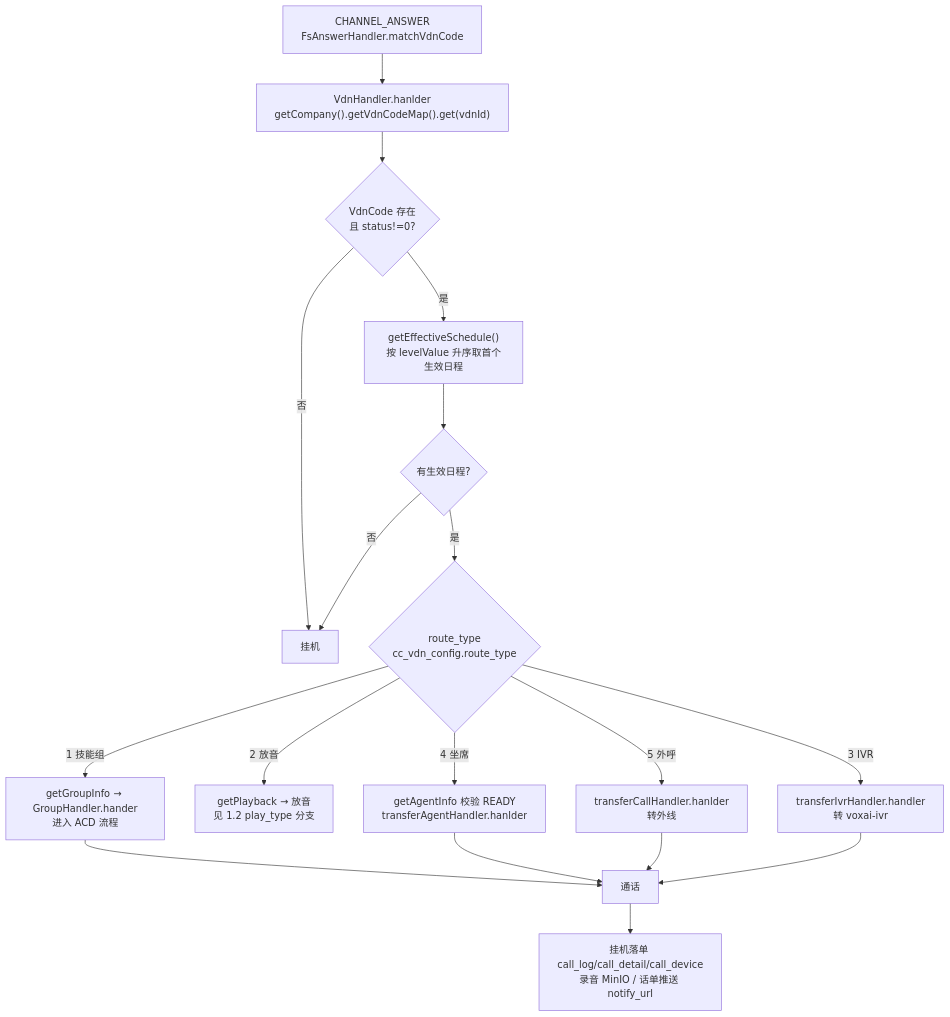
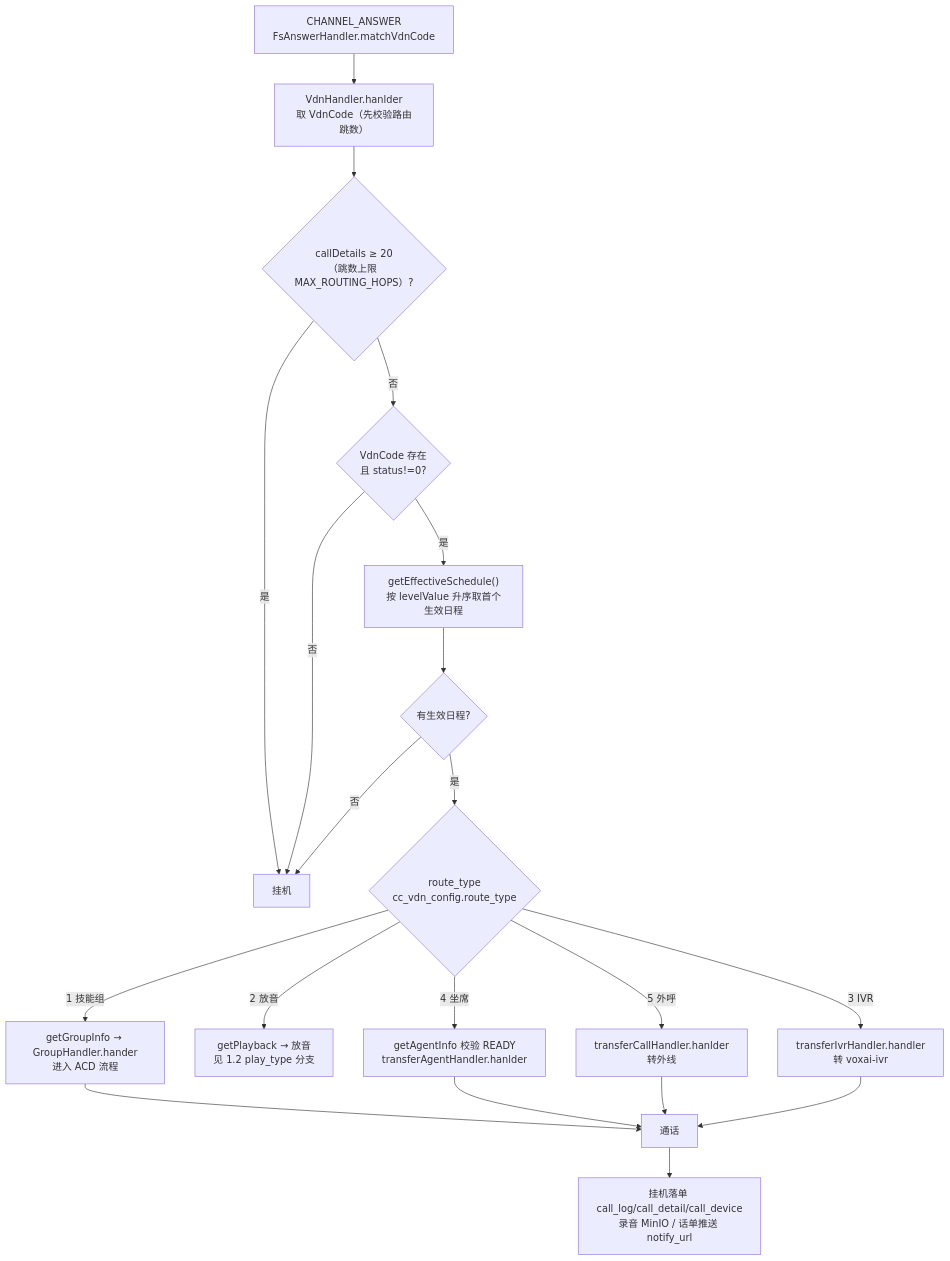
Before and after one commit to dongjb741280/ai-call-center: the second of 9 diagrams in docs/02-业务流程.md, drawn with Mermaid. The commit also changed other lines of this file, not shown here.

First line of the commit message:
docs: sync VDN routing changes to business flow doc

````diff
--- a/docs/02-业务流程.md
+++ b/docs/02-业务流程.md
@@ -52,20 +52,22 @@
 ```mermaid
 flowchart TD
-    A["CHANNEL_ANSWER<br/>FsAnswerHandler.matchVdnCode"] --> B["VdnHandler.hanlder<br/>getCompany().getVdnCodeMap().get(vdnId)"]
-    B --> C{"VdnCode 存在<br/>且 status!=0?"}
+    A["CHANNEL_ANSWER<br/>FsAnswerHandler.matchVdnCode"] --> B["VdnHandler.hanlder<br/>取 VdnCode（先校验路由跳数）"]
+    B --> B1{"callDetails ≥ 20<br/>（跳数上限 MAX_ROUTING_HOPS）?"}
+    B1 -- 是 --> H[挂机]
+    B1 -- 否 --> C{"VdnCode 存在<br/>且 status!=0?"}
     C -- 否 --> H[挂机]
     C -- 是 --> D["getEffectiveSchedule()<br/>按 levelValue 升序取首个生效日程"]
     D --> E{"有生效日程?"}
     E -- 否 --> H
     E -- 是 --> F{"route_type<br/>cc_vdn_config.route_type"}
     F -- "1 技能组" --> G1["getGroupInfo → GroupHandler.hander<br/>进入 ACD 流程"]
     F -- "2 放音" --> G2["getPlayback → 放音<br/>见 1.2 play_type 分支"]
     F -- "3 IVR" --> G3["transferIvrHandler.handler<br/>转 voxai-ivr"]
     F -- "4 坐席" --> G4["getAgentInfo 校验 READY<br/>transferAgentHandler.hanlder"]
     F -- "5 外呼" --> G5["transferCallHandler.hanlder<br/>转外线"]
     G1 --> TALK[通话]
     G4 --> TALK
     G5 --> TALK
     G3 --> TALK
     TALK --> CDR["挂机落单 call_log/call_detail/call_device<br/>录音 MinIO / 话单推送 notify_url"]
 ```
````
